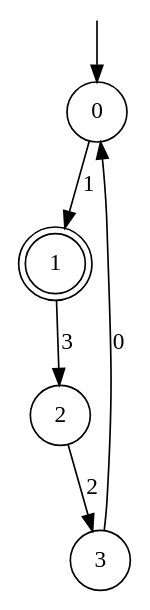
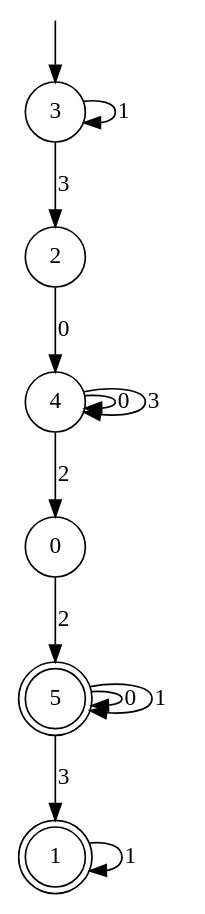
One commit to xinqin23/ShapeIt changed the diagram in automaton_to_regex/automaton.dot. Above: the diagram before and after it, drawn with Graphviz. The commit also changed 4 other files, not shown here.

```diff
--- a/automaton_to_regex/automaton.dot
+++ b/automaton_to_regex/automaton.dot
@@ -1,15 +1,24 @@
 digraph g {
 
 	s0 [shape="circle" label="0"];
 	s1 [shape="doublecircle" label="1"];
 	s2 [shape="circle" label="2"];
 	s3 [shape="circle" label="3"];
-	s0 -> s1 [label="1"];
-	s1 -> s2 [label="3"];
-	s2 -> s3 [label="2"];
-	s3 -> s0 [label="0"];
+	s4 [shape="circle" label="4"];
+	s5 [shape="doublecircle" label="5"];
+	s0 -> s5 [label="2"];
+	s1 -> s1 [label="1"];
+	s2 -> s4 [label="0"];
+	s3 -> s3 [label="1"];
+	s3 -> s2 [label="3"];
+	s4 -> s4 [label="0"];
+	s4 -> s0 [label="2"];
+	s4 -> s4 [label="3"];
+	s5 -> s5 [label="0"];
+	s5 -> s5 [label="1"];
+	s5 -> s1 [label="3"];
 
 __start0 [label="" shape="none" width="0" height="0"];
-__start0 -> s0;
+__start0 -> s3;
 
 }
```
